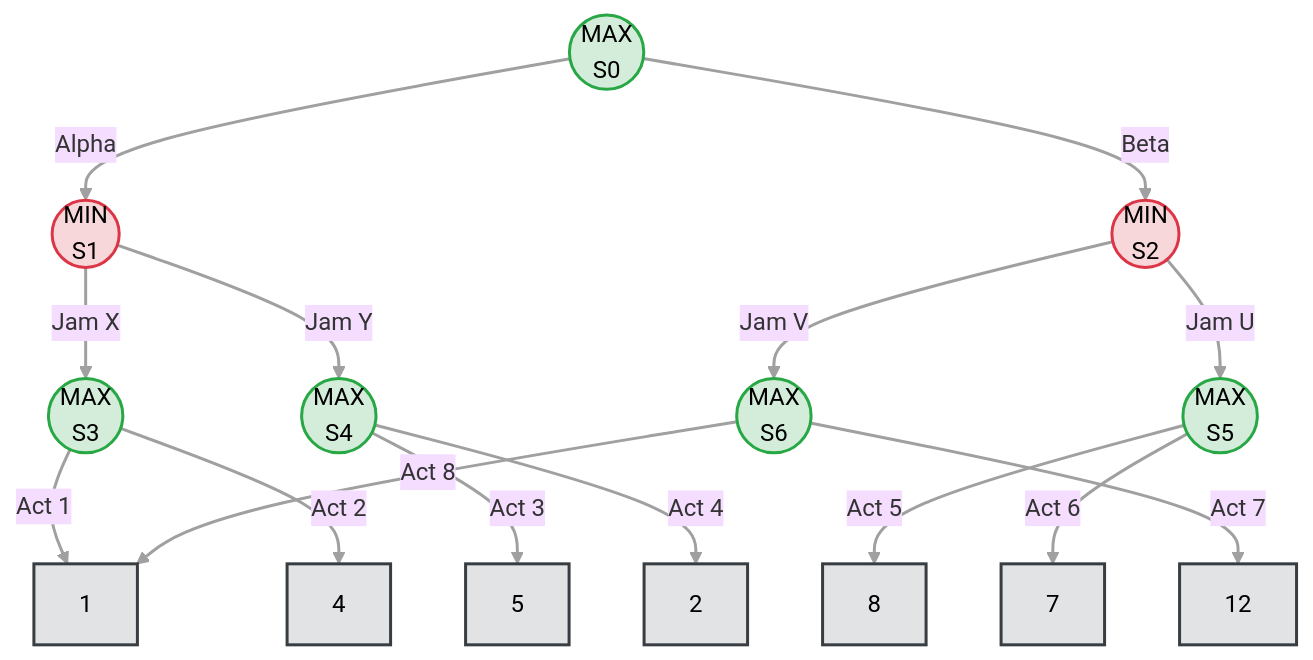
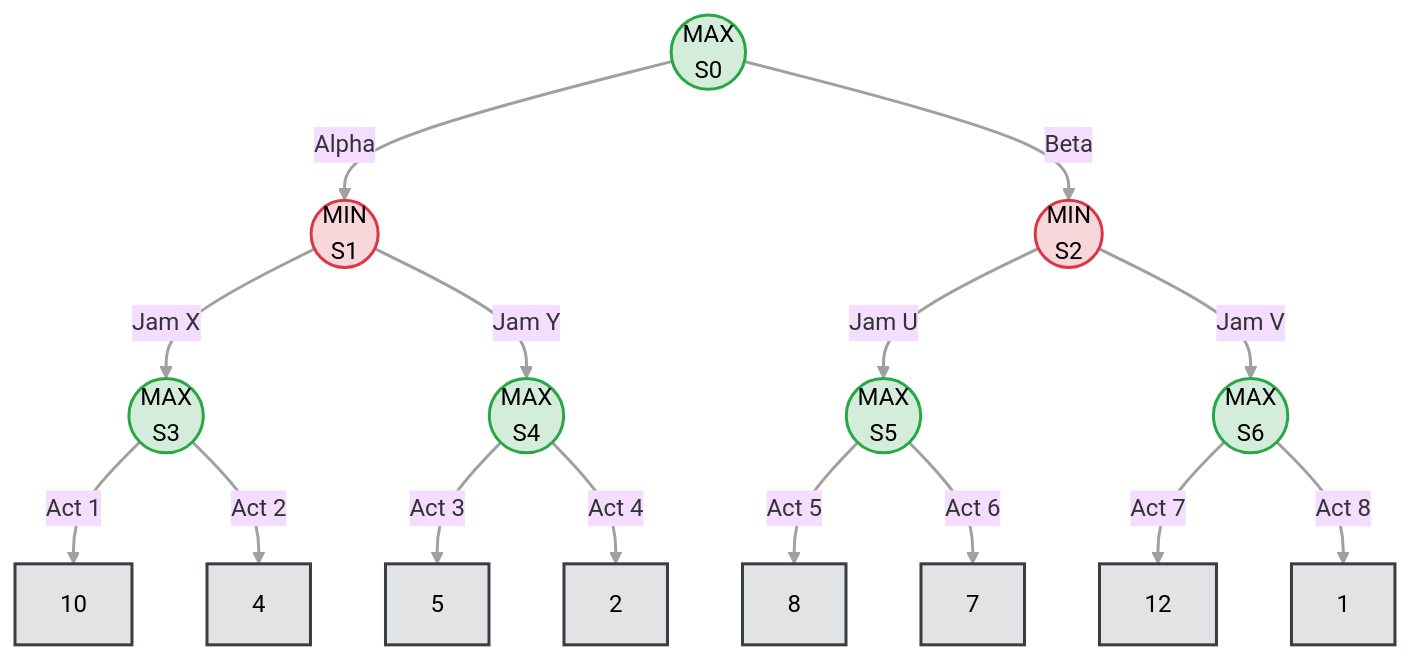
One commit to TheCodeheadMT/471Book changed the third of 3 diagrams in book/exercises/L08.md. Above: the diagram before and after it, drawn with Mermaid (base theme).

Commit message:
Update MAX_S6 mapping for Act 8

````diff
--- a/book/exercises/L08.md
+++ b/book/exercises/L08.md
@@ -95,32 +95,32 @@
 ```{mermaid}
 graph TD
     MAX_S0((MAX<br>S0)) -- "Alpha" --> MIN_S1((MIN<br>S1))
     MAX_S0 -- "Beta" --> MIN_S2((MIN<br>S2))
     
     MIN_S1 -- "Jam X" --> MAX_S3((MAX<br>S3))
     MIN_S1 -- "Jam Y" --> MAX_S4((MAX<br>S4))
     
     MIN_S2 -- "Jam U" --> MAX_S5((MAX<br>S5))
     MIN_S2 -- "Jam V" --> MAX_S6((MAX<br>S6))
 
     MAX_S3 -- "Act 1" --> T1[10]
     MAX_S3 -- "Act 2" --> T2[4]
 
     MAX_S4 -- "Act 3" --> T3[5]
     MAX_S4 -- "Act 4" --> T4[2]
 
     MAX_S5 -- "Act 5" --> T5[8]
     MAX_S5 -- "Act 6" --> T6[7]
 
     MAX_S6 -- "Act 7" --> T12[12]
-    MAX_S6 -- "Act 8" --> T1[1]
+    MAX_S6 -- "Act 8" --> T1_2[1]
 
     classDef max fill:#d4edda,stroke:#28a745,stroke-width:2px,color:#000;
     classDef min fill:#f8d7da,stroke:#dc3545,stroke-width:2px,color:#000;
     classDef term fill:#e2e3e5,stroke:#383d41,stroke-width:2px,color:#000;
     linkStyle default stroke:#a0a0a0,stroke-width:2px;
     
     class MAX_S0,MAX_S3,MAX_S4,MAX_S5,MAX_S6 max;
     class MIN_S1,MIN_S2 min;
     class T1,T2,T3,T4,T5,T6,T12,T1_2 term;
 ```
````
